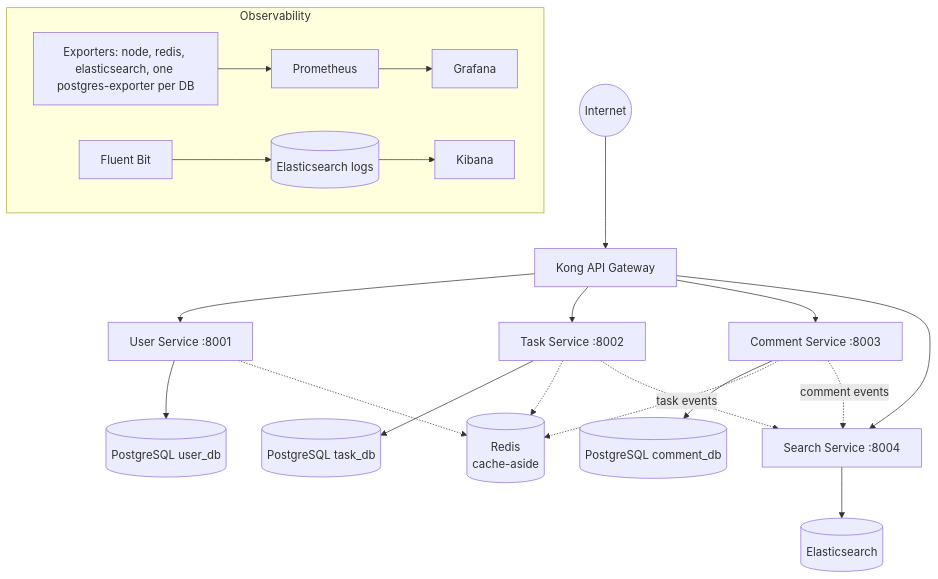
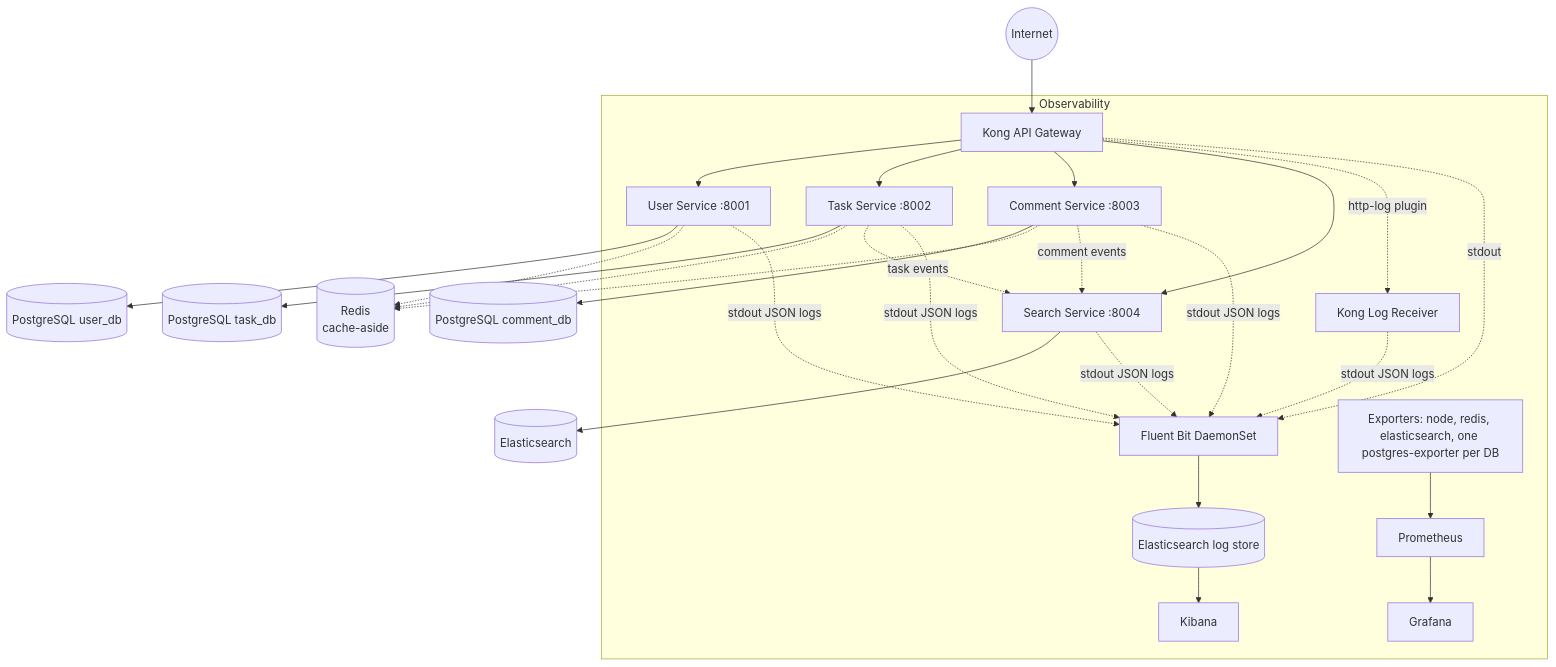
The diagram in README.md (wolfixor/full-microservice-kubernetes-compose), drawn with Mermaid before and after one commit. The commit also changed other lines of this file, not shown here.

````diff
--- a/README.md
+++ b/README.md
@@ -9,27 +9,34 @@
 ```mermaid
 flowchart TB
     Internet((Internet)) --> Kong[Kong API Gateway]
 
     Kong --> US[User Service :8001]
     Kong --> TS[Task Service :8002]
     Kong --> CS[Comment Service :8003]
     Kong --> SS[Search Service :8004]
 
     US --> UDB[(PostgreSQL user_db)]
     TS --> TDB[(PostgreSQL task_db)]
     CS --> CDB[(PostgreSQL comment_db)]
     SS --> ES[(Elasticsearch)]
 
     US -.-> R[(Redis<br/>cache-aside)]
     TS -.-> R
     CS -.-> R
 
     TS -. task events .-> SS
     CS -. comment events .-> SS
 
     subgraph Observability
         P[Prometheus] --> G[Grafana]
-        FB[Fluent Bit] --> LES[(Elasticsearch logs)] --> K[Kibana]
+        Kong -. http-log plugin .-> KLR[Kong Log Receiver]
+        Kong -. stdout .-> FB[Fluent Bit DaemonSet]
+        US -. stdout JSON logs .-> FB
+        TS -. stdout JSON logs .-> FB
+        CS -. stdout JSON logs .-> FB
+        SS -. stdout JSON logs .-> FB
+        KLR -. stdout JSON logs .-> FB
+        FB --> LES[(Elasticsearch log store)] --> K[Kibana]
         EXP[Exporters: node, redis, elasticsearch, one postgres-exporter per DB] --> P
     end
 ```
````
